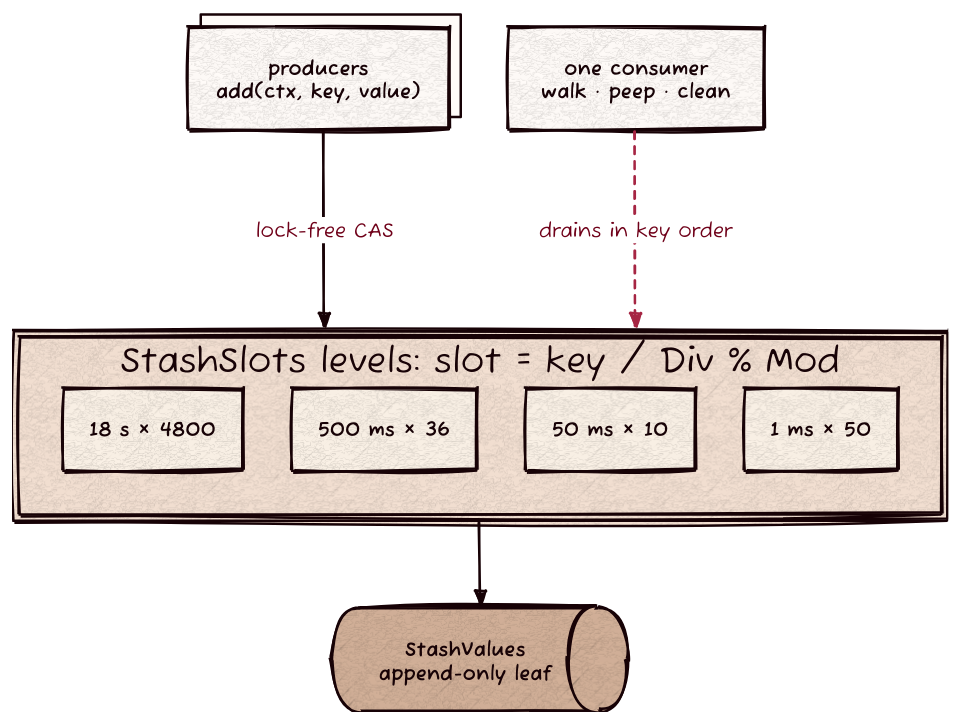
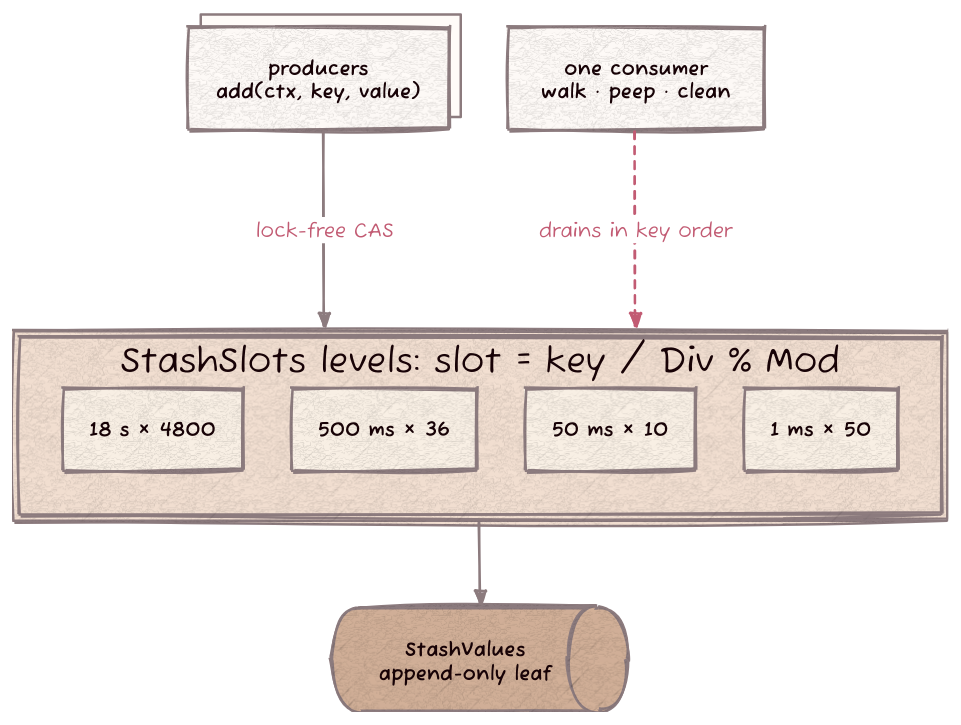
Before and after one commit to Kronuz/stash: the diagram in docs/stash.d2, drawn with D2. The commit also changed 1 other file, not shown here.

Commit message:
Render the README diagram for light and dark pages
A transparent background, mid-tone lines and mid-tone edge labels let
the one SVG read on GitHub's light and dark themes; the header carries
the settings so a plain `d2` renders it the same way.

[skip ci]

```diff
--- a/docs/stash.d2
+++ b/docs/stash.d2
@@ -1,32 +1,34 @@
 # stash: many producers insert lock-free; one consumer drains in key order.
-# Render: d2 --layout elk --sketch --theme 302 docs/stash.d2 docs/stash.svg
-vars: { d2-config: { layout-engine: elk; theme-id: 302; sketch: true; pad: 24 } }
+# Render: d2 docs/stash.d2 docs/stash.svg
+vars: { d2-config: { layout-engine: elk; theme-id: 302; sketch: true; pad: 24; theme-overrides: { B1: "#8C7B7E"; B2: "#C25B73"; N2: "#C25B73" } } }
+style.fill: transparent
+
 direction: down
 
 producers: Producers {
   shape: rectangle
   style.multiple: true
   label: "producers\nadd(ctx, key, value)"
 }
 
 consumer: Consumer {
   label: "one consumer\nwalk · peep · clean"
 }
 
 wheel: "StashSlots levels: slot = key / Div % Mod" {
   grid-columns: 4
   grid-gap: 40
   l1: "18 s × 4800"
   l2: "500 ms × 36"
   l3: "50 ms × 10"
   l4: "1 ms × 50"
 }
 
 leaf: StashValues leaf {
   shape: queue
   label: "StashValues\nappend-only leaf"
 }
 
 producers -> wheel: "lock-free CAS"
 wheel -> leaf
 consumer -> wheel: "drains in key order" {style.stroke-dash: 3}
```
